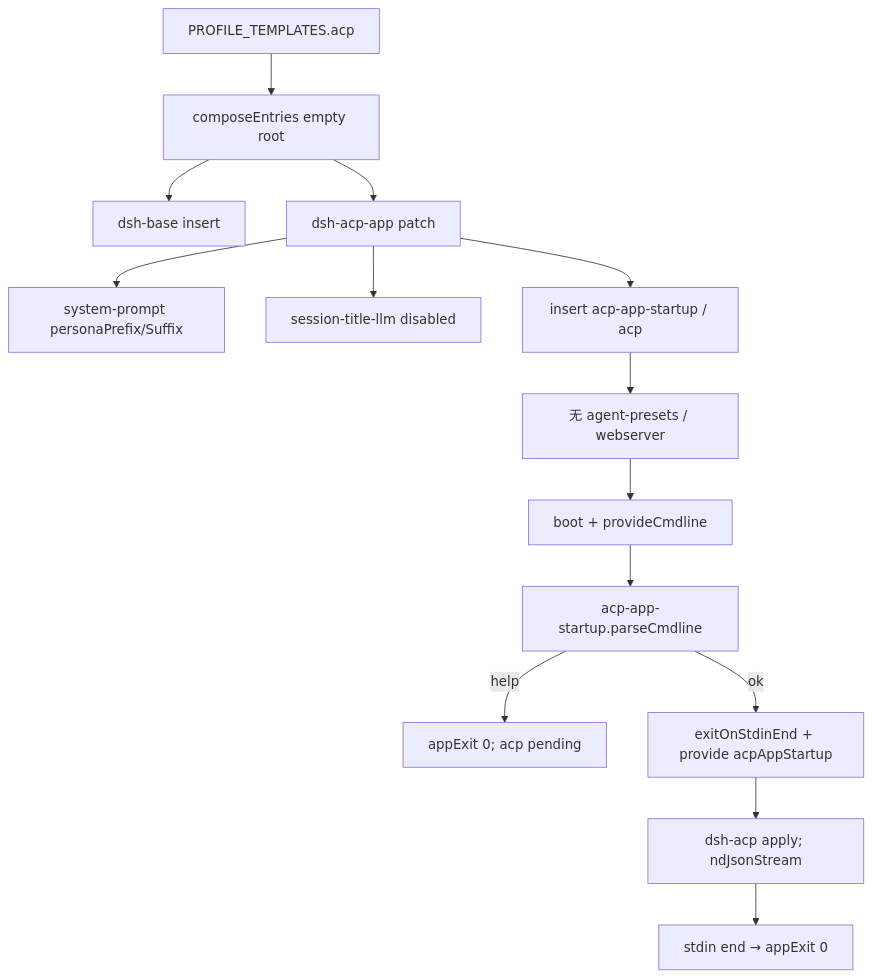
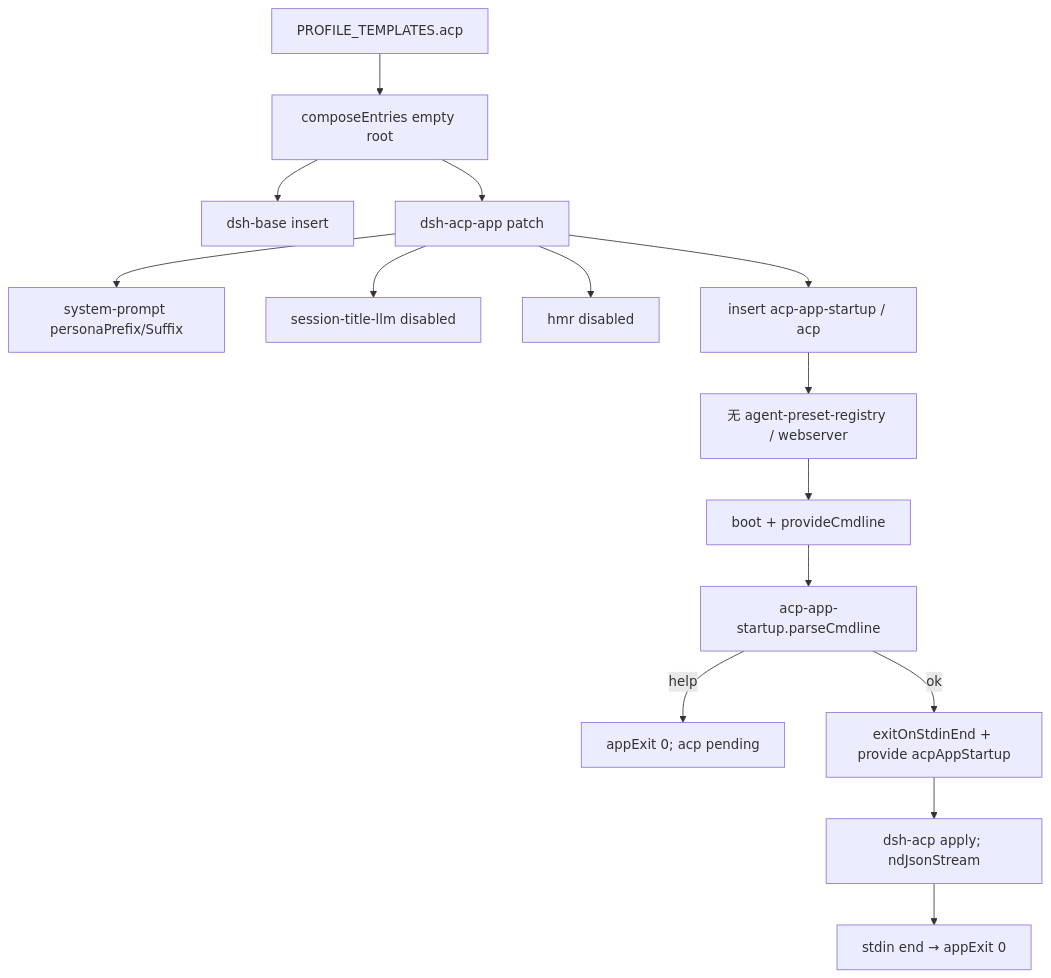
Before and after one commit to wdnmdtonyma/SOTA-Agent-LLM-Wiki: the diagram in docs/llm-wiki/deepseek-harness/subsystems/composition/bundle-acp-app.md, drawn with Mermaid. The commit also changed other lines of this file and 237 other files, not shown here.

````diff
--- a/docs/llm-wiki/deepseek-harness/subsystems/composition/bundle-acp-app.md
+++ b/docs/llm-wiki/deepseek-harness/subsystems/composition/bundle-acp-app.md
@@ -101,16 +102,17 @@
 ```mermaid
 flowchart TD
   tmpl["PROFILE_TEMPLATES.acp"] --> compose["composeEntries empty root"]
   compose --> base["dsh-base insert"]
   compose --> overlay["dsh-acp-app patch"]
   overlay --> persona["system-prompt personaPrefix/Suffix"]
   overlay --> titleOff["session-title-llm disabled"]
+  overlay --> hmrOff["hmr disabled"]
   overlay --> insert2["insert acp-app-startup / acp"]
-  insert2 --> noRoster["无 agent-presets / webserver"]
+  insert2 --> noRoster["无 agent-preset-registry / webserver"]
   noRoster --> boot["boot + provideCmdline"]
   boot --> startup["acp-app-startup.parseCmdline"]
   startup -->|help| early["appExit 0; acp pending"]
   startup -->|ok| provide["exitOnStdinEnd + provide acpAppStartup"]
   provide --> acp["dsh-acp apply; ndJsonStream"]
   acp --> eof["stdin end → appExit 0"]
 ```
````
